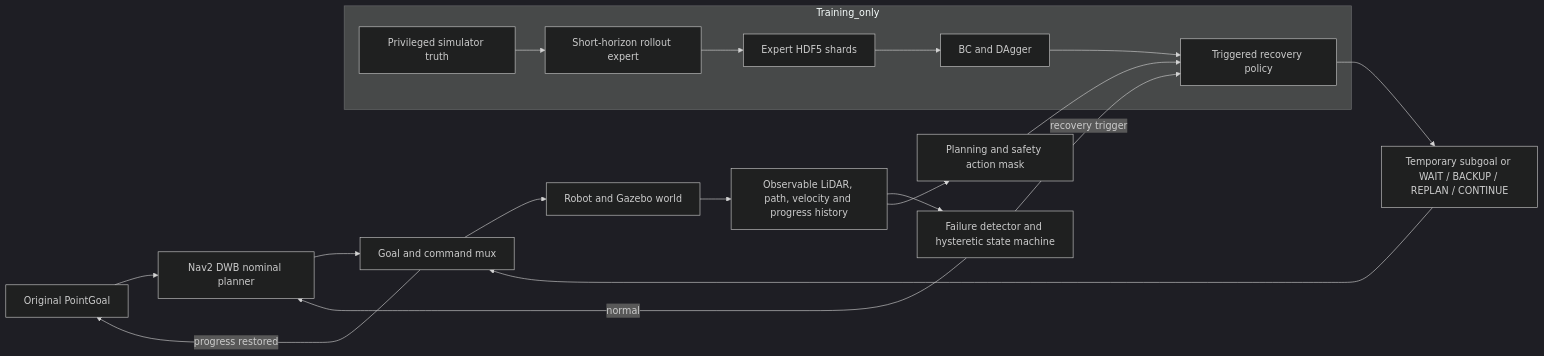
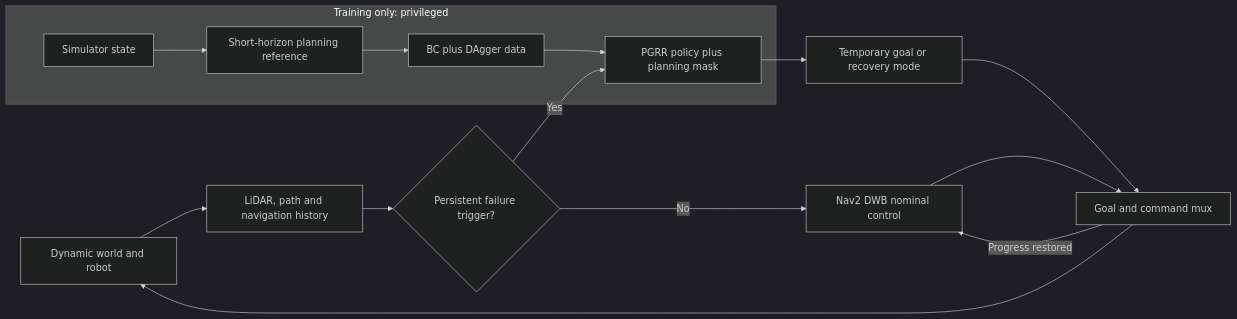
The diagram in README.md (CC-robotics/PGRR), drawn with Mermaid (dark theme) before and after one commit. The commit also changed other lines of this file and 26 other files, not shown here.

````diff
--- a/README.md
+++ b/README.md
@@ -41,22 +43,18 @@
 ```mermaid
 flowchart LR
-    G[Original PointGoal] --> N[Nav2 DWB nominal planner]
-    N --> X[Goal and command mux]
-    X --> R[Robot and Gazebo world]
-    R --> O[Observable LiDAR, path, velocity and progress history]
-    O --> F[Failure detector and hysteretic state machine]
-    F -->|normal| N
-    F -->|recovery trigger| P[Triggered recovery policy]
-    O --> M[Planning and safety action mask]
-    M --> P
-    P --> A[Temporary subgoal or WAIT / BACKUP / REPLAN / CONTINUE]
-    A --> X
-    X -->|progress restored| G
+    W[Dynamic world and robot] --> O[LiDAR, path and navigation history]
+    O --> F{Persistent failure trigger?}
+    F -->|No| N[Nav2 DWB nominal control]
+    F -->|Yes| P[PGRR policy plus planning mask]
+    P --> G[Temporary goal or recovery mode]
+    G --> M[Goal and command mux]
+    N --> M
+    M --> W
+    M -->|Progress restored| N
 
-    subgraph Training_only
-        T[Privileged simulator truth] --> E[Short-horizon rollout expert]
-        E --> D[Expert HDF5 shards]
-        D --> I[BC and DAgger]
-        I --> P
+    subgraph Training_only[Training only: privileged]
+        T[Simulator state] --> E[Short-horizon planning reference]
+        E --> D[BC plus DAgger data]
+        D --> P
     end
 ```
````
